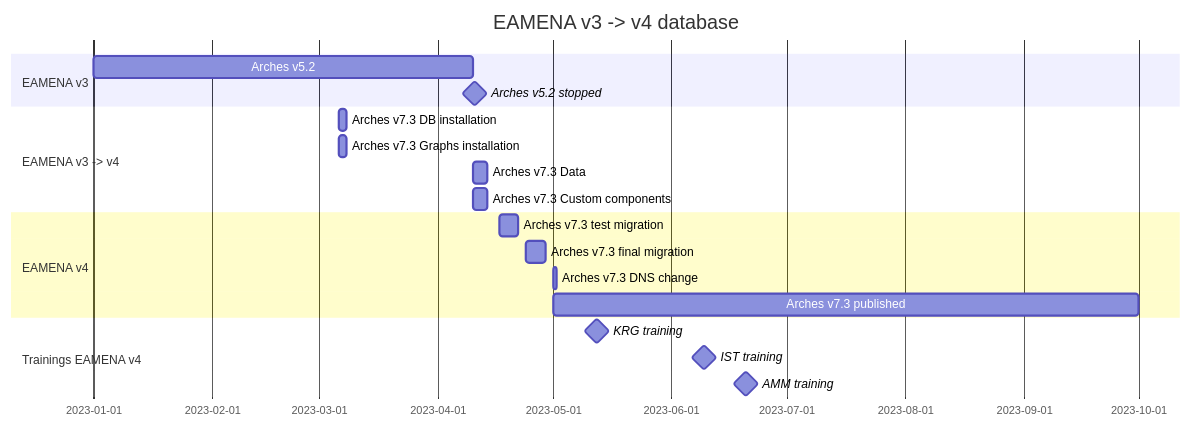
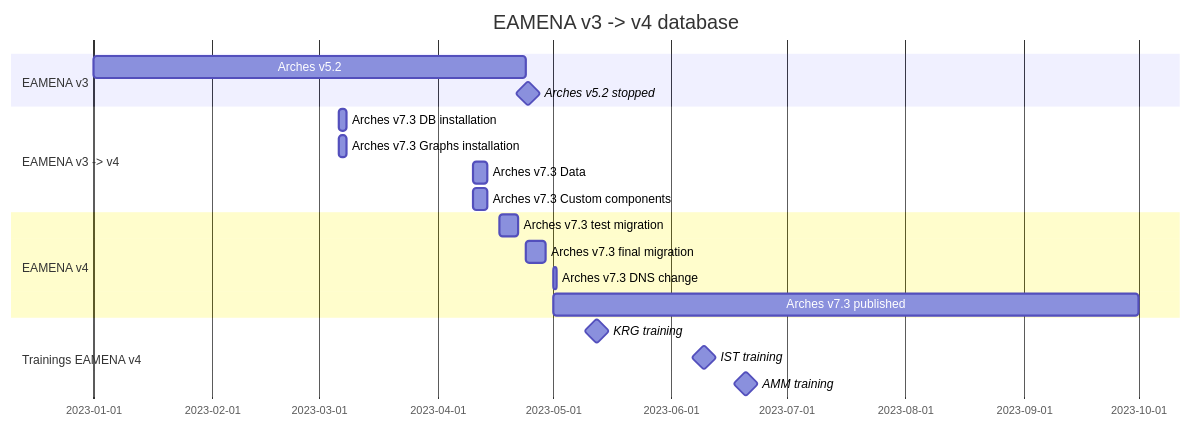
The diagram in dbs/database.eamena/README.md (eamena-project/eamena-arches-dev), drawn with Mermaid before and after one commit.

Commit message:
Update shutoff date

````diff
--- a/dbs/database.eamena/README.md
+++ b/dbs/database.eamena/README.md
@@ -5,22 +5,22 @@
 ```mermaid
 gantt
     title EAMENA v3 -> v4 database
     dateFormat  YYYY-MM-DD
     section EAMENA v3
-    Arches v5.2              : a0, 2023-01-01, 2023-04-10
-    Arches v5.2 stopped      : milestone, m3, 2023-04-10, 1d
+    Arches v5.2              : a0, 2023-01-01, 2023-04-24
+    Arches v5.2 stopped      : milestone, m3, 2023-04-24, 1d
     section EAMENA v3 -> v4
     Arches v7.3 DB installation        : a1, 2023-03-06, 2d
     Arches v7.3 Graphs installation    : a1, 2023-03-06, 2d
     Arches v7.3 Data                   : a1, 2023-04-10, 4d
     Arches v7.3 Custom components      : a1, 2023-04-10, 4d
     section EAMENA v4
     Arches v7.3 test migration         : a1, 2023-04-17, 5d
     Arches v7.3 final migration        : a1, 2023-04-24, 5d
     Arches v7.3 DNS change             : a1, 2023-05-01, 1d
     Arches v7.3 published              : a1, 2023-05-01, 2023-10-01
     section Trainings EAMENA v4
     KRG training             : milestone, m3, 2023-05-09, 7d
     IST training             : milestone, m3, 2023-06-06, 7d
     AMM training             : milestone, m3, 2023-06-17, 7d
 ```
````
